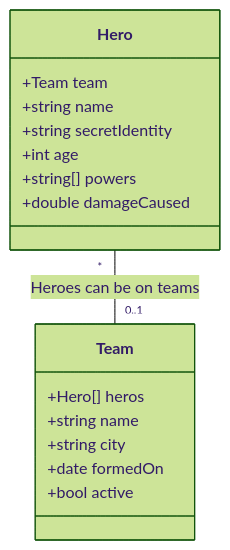
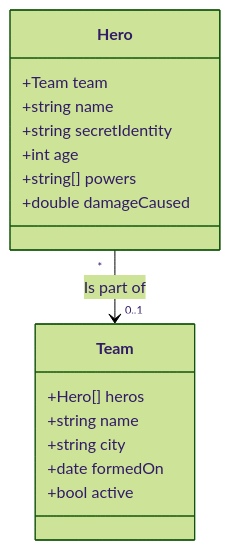
The diagram in DataDocumentation.md (ChemeketaCS/cs290DemoPlayground), drawn with Mermaid (forest theme) before and after one commit.

````diff
--- a/DataDocumentation.md
+++ b/DataDocumentation.md
@@ -5,21 +5,21 @@
 ```mermaid
 classDiagram
     class Team {
       +Hero[] heros
       +string name
       +string city
       +date formedOn
       +bool active
     }
 
     class Hero {
       +Team team
       +string name
       +string secretIdentity
       +int age
       +string[] powers
       +double damageCaused
     }
 
-    Hero "*" -- "0..1" Team : Heroes can be on teams
+    Hero "*" --> "0..1" Team : Is part of
 ```
````
